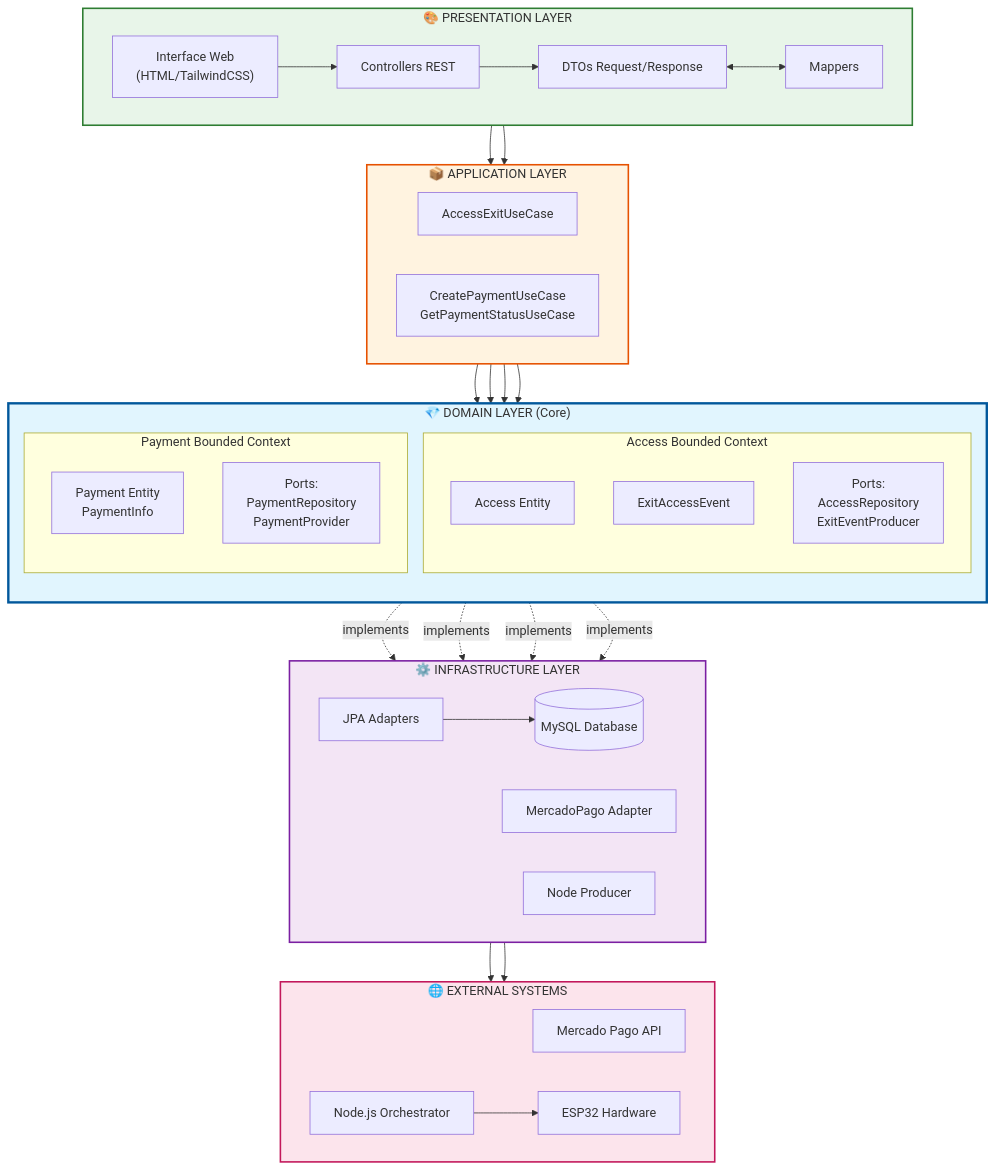
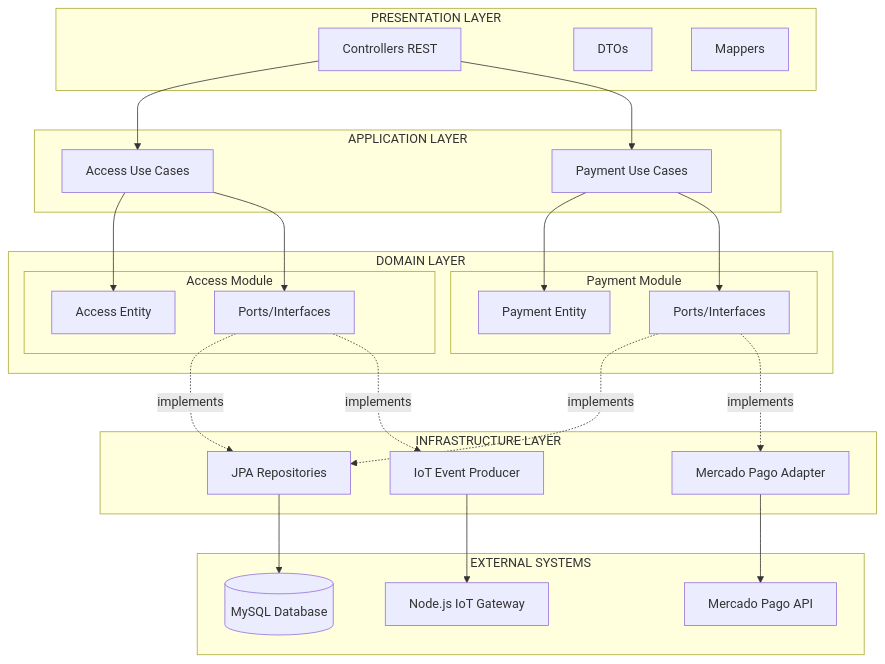
Before and after one commit to Luca5Eckert/Libera.ai: the first of 5 diagrams in back/README.md, drawn with Mermaid. The commit also changed other lines of this file and 1 other file, not shown here.

````diff
--- a/back/README.md
+++ b/back/README.md
@@ -216,72 +80,54 @@
 ```mermaid
 flowchart TB
-    subgraph Presentation["🎨 PRESENTATION LAYER"]
-        direction LR
-        WEB["Interface Web<br/>(HTML/TailwindCSS)"]
+    subgraph Presentation["PRESENTATION LAYER"]
         CTRL["Controllers REST"]
-        DTO["DTOs Request/Response"]
+        DTO["DTOs"]
         MAPPER["Mappers"]
     end
     
-    subgraph Application["📦 APPLICATION LAYER"]
-        direction LR
-        UC_ACCESS["AccessExitUseCase"]
-        UC_PAYMENT["CreatePaymentUseCase<br/>GetPaymentStatusUseCase"]
+    subgraph Application["APPLICATION LAYER"]
+        UC_ACCESS["Access Use Cases"]
+        UC_PAYMENT["Payment Use Cases"]
     end
     
-    subgraph Domain["💎 DOMAIN LAYER (Core)"]
-        direction TB
-        subgraph AccessBC["Access Bounded Context"]
+    subgraph Domain["DOMAIN LAYER"]
+        subgraph AccessBC["Access Module"]
             ACCESS_MODEL["Access Entity"]
-            ACCESS_EVENT["ExitAccessEvent"]
-            ACCESS_PORT["Ports:<br/>AccessRepository<br/>ExitEventProducer"]
+            ACCESS_PORT["Ports/Interfaces"]
         end
         
-        subgraph PaymentBC["Payment Bounded Context"]
-            PAYMENT_MODEL["Payment Entity<br/>PaymentInfo"]
-            PAYMENT_PORT["Ports:<br/>PaymentRepository<br/>PaymentProvider"]
+        subgraph PaymentBC["Payment Module"]
+            PAYMENT_MODEL["Payment Entity"]
+            PAYMENT_PORT["Ports/Interfaces"]
         end
     end
     
-    subgraph Infrastructure["⚙️ INFRASTRUCTURE LAYER"]
-        direction LR
-        JPA["JPA Adapters"]
-        MP["MercadoPago Adapter"]
-        NODE_PROD["Node Producer"]
+    subgraph Infrastructure["INFRASTRUCTURE LAYER"]
+        JPA["JPA Repositories"]
+        MP["Mercado Pago Adapter"]
+        NODE_PROD["IoT Event Producer"]
+    end
+    
+    subgraph External["EXTERNAL SYSTEMS"]
+        MERCADO["Mercado Pago API"]
+        NODE["Node.js IoT Gateway"]
         MYSQL[("MySQL Database")]
     end
     
-    subgraph External["🌐 EXTERNAL SYSTEMS"]
-        direction LR
-        MERCADO["Mercado Pago API"]
-        NODE["Node.js Orchestrator"]
-        ESP["ESP32 Hardware"]
-    end
-    
-    WEB --> CTRL
-    CTRL --> DTO
     CTRL --> UC_ACCESS
     CTRL --> UC_PAYMENT
-    DTO <--> MAPPER
     
     UC_ACCESS --> ACCESS_MODEL
     UC_ACCESS --> ACCESS_PORT
     UC_PAYMENT --> PAYMENT_MODEL
     UC_PAYMENT --> PAYMENT_PORT
     
     ACCESS_PORT -.implements.-> JPA
     ACCESS_PORT -.implements.-> NODE_PROD
     PAYMENT_PORT -.implements.-> JPA
     PAYMENT_PORT -.implements.-> MP
     
     JPA --> MYSQL
     MP --> MERCADO
     NODE_PROD --> NODE
-    NODE --> ESP
-    
-    style Domain fill:#e1f5fe,stroke:#01579b,stroke-width:3px
-    style Application fill:#fff3e0,stroke:#e65100,stroke-width:2px
-    style Infrastructure fill:#f3e5f5,stroke:#7b1fa2,stroke-width:2px
-    style Presentation fill:#e8f5e9,stroke:#2e7d32,stroke-width:2px
-    style External fill:#fce4ec,stroke:#c2185b,stroke-width:2px
 ```
````
